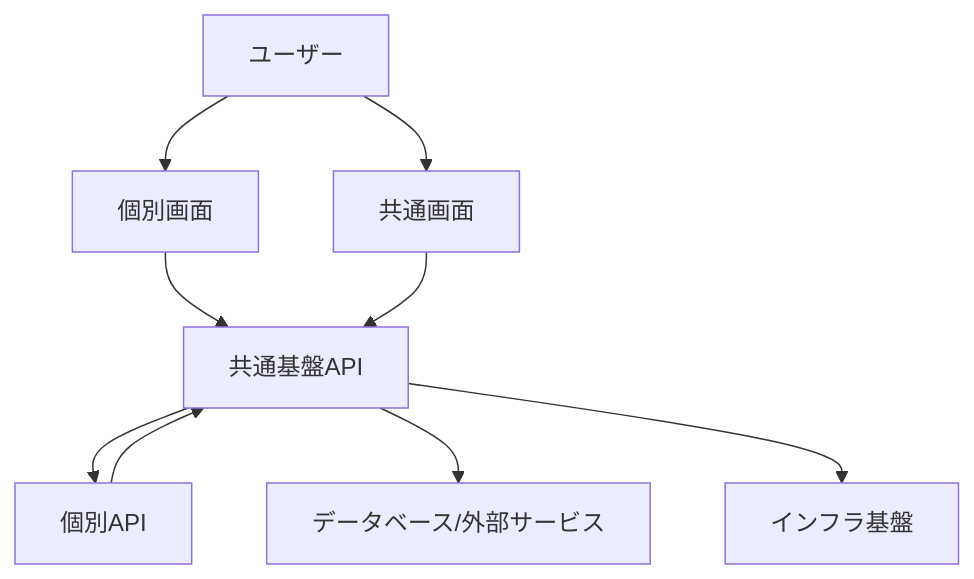
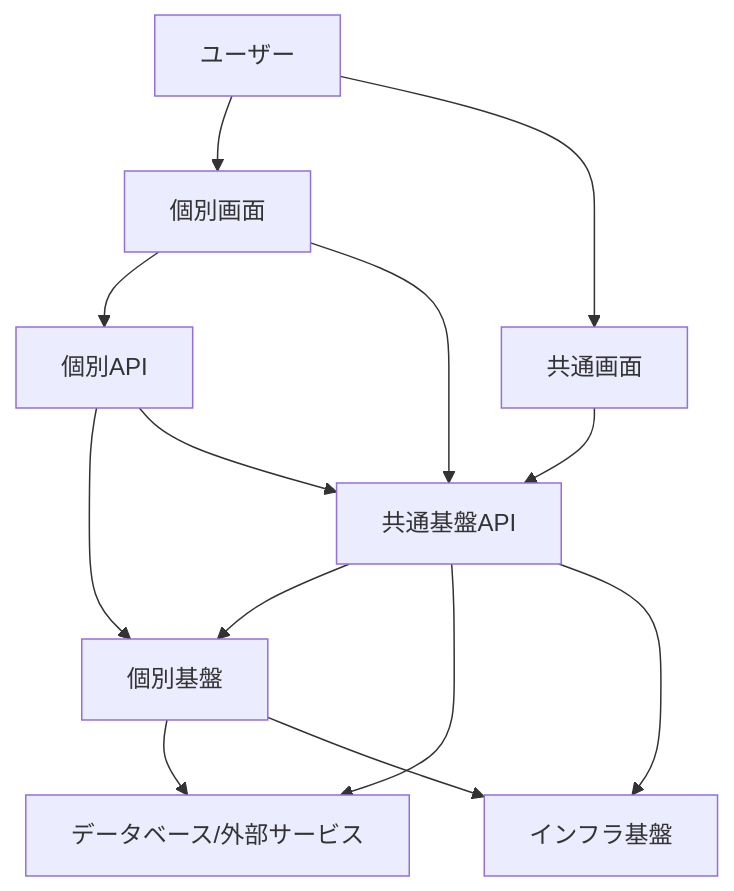
The first of 2 diagrams in docs/01_設計/01_アーキテクチャ.md (RyuheiKiso/KisoFramework), drawn with Mermaid before and after one commit. The commit also changed other lines of this file, not shown here.

````diff
--- a/docs/01_設計/01_アーキテクチャ.md
+++ b/docs/01_設計/01_アーキテクチャ.md
@@ -31,19 +31,24 @@
 ```mermaid
 graph TD
   User[ユーザー]
   IndividualUI[個別画面]
   CommonUI[共通画面]
   IndividualAPI[個別API]
   CommonAPI[共通基盤API]
+  IndividualPlatform[個別基盤]
   DB[データベース/外部サービス]
   Infra[インフラ基盤]
 
   User --> IndividualUI
   User --> CommonUI
+  IndividualUI --> IndividualAPI
   IndividualUI --> CommonAPI
   CommonUI --> CommonAPI
-  CommonAPI --> IndividualAPI
+  IndividualAPI --> IndividualPlatform
   IndividualAPI --> CommonAPI
+  CommonAPI --> IndividualPlatform
   CommonAPI --> DB
   CommonAPI --> Infra
+  IndividualPlatform --> DB
+  IndividualPlatform --> Infra
 ```
````
